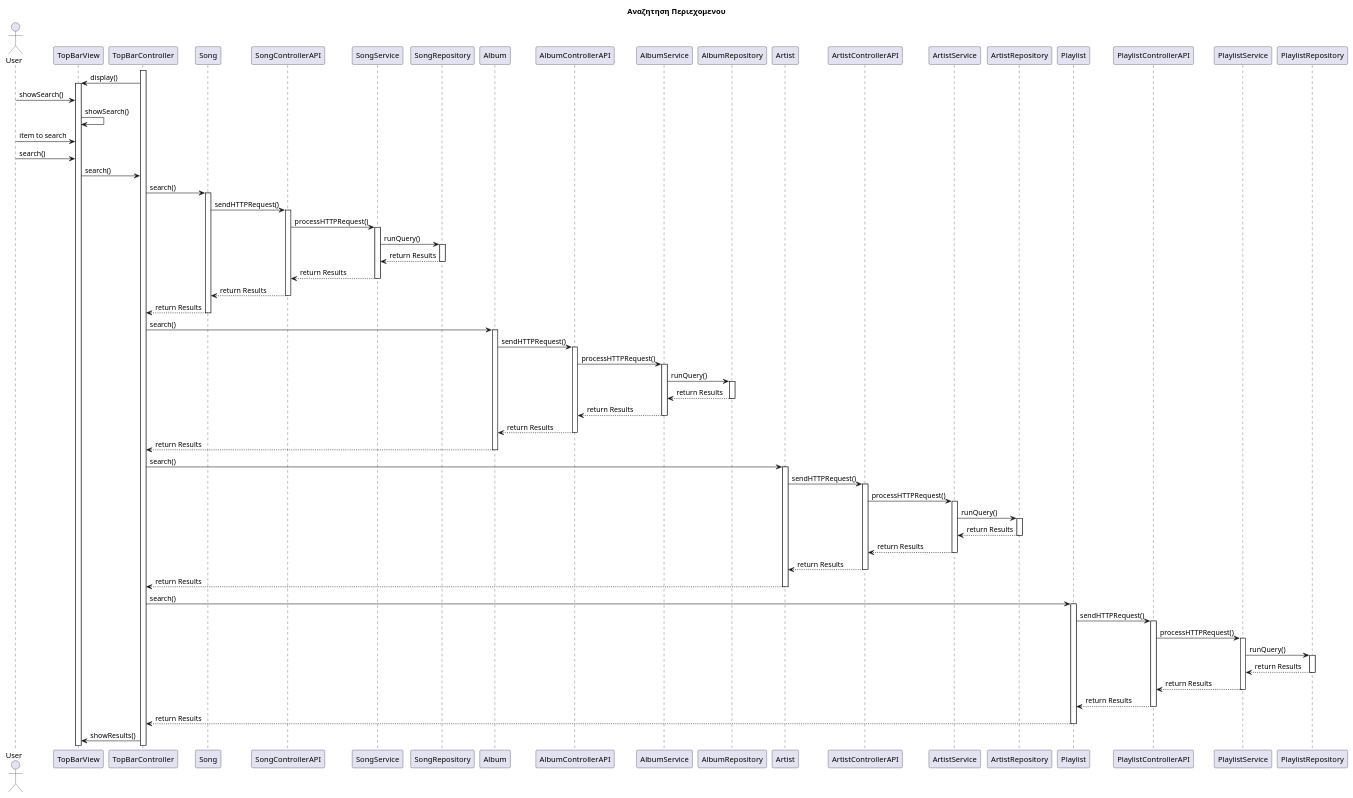
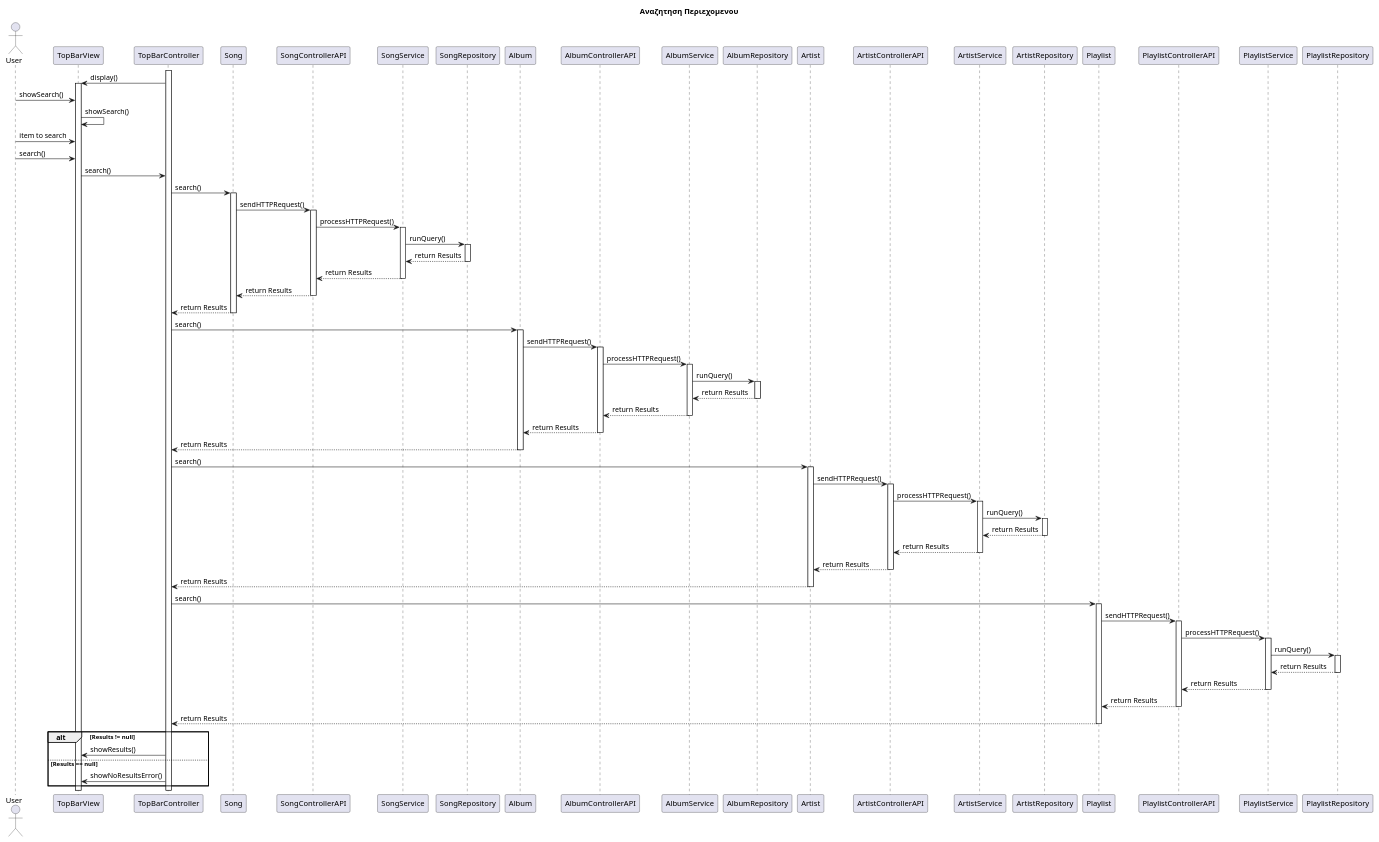
The diagram in Paradoteo_2/SequenceDiagram5.puml (RubenKingCP/Tunix), drawn with PlantUML before and after one commit.

Commit message:
Finished Sequence Diagram for use case Αναζήτηση Περιεχομένου

```diff
--- a/Paradoteo_2/SequenceDiagram5.puml
+++ b/Paradoteo_2/SequenceDiagram5.puml
@@ -1,99 +1,102 @@
 @startuml name
 
 title Αναζητηση Περιεχομενου
 
 actor User
 participant TopBarView
 participant TopBarController
 participant Song
 participant SongControllerAPI
 participant SongService
 participant SongRepository
 participant Album
 participant AlbumControllerAPI
 participant AlbumService
 participant AlbumRepository
 participant Artist
 participant ArtistControllerAPI
 participant ArtistService
 participant ArtistRepository
 participant Playlist
 participant PlaylistControllerAPI
 participant PlaylistService
 participant PlaylistRepository
 
 activate TopBarController
 TopBarController -> TopBarView : display()
 activate TopBarView
 User -> TopBarView : showSearch()
 TopBarView -> TopBarView : showSearch()
 User -> TopBarView : item to search
 User -> TopBarView : search()
 TopBarView -> TopBarController : search()
 TopBarController -> Song : search()
 activate Song
 Song -> SongControllerAPI : sendHTTPRequest()
 activate SongControllerAPI
 SongControllerAPI -> SongService : processHTTPRequest()
 activate SongService
 SongService -> SongRepository : runQuery()
 activate SongRepository
 SongRepository --> SongService : return Results
 deactivate SongRepository
 SongService --> SongControllerAPI : return Results
 deactivate SongService
 SongControllerAPI --> Song : return Results
 deactivate SongControllerAPI
 Song --> TopBarController : return Results
 deactivate Song
 TopBarController -> Album : search()
 activate Album
 Album -> AlbumControllerAPI : sendHTTPRequest()
 activate AlbumControllerAPI
 AlbumControllerAPI -> AlbumService : processHTTPRequest()
 activate AlbumService
 AlbumService -> AlbumRepository : runQuery()
 activate AlbumRepository
 AlbumRepository --> AlbumService : return Results
 deactivate AlbumRepository
 AlbumService --> AlbumControllerAPI : return Results
 deactivate AlbumService
 AlbumControllerAPI --> Album : return Results
 deactivate AlbumControllerAPI
 Album --> TopBarController : return Results
 deactivate Album
 TopBarController -> Artist : search()
 activate Artist
 Artist -> ArtistControllerAPI : sendHTTPRequest()
 activate ArtistControllerAPI
 ArtistControllerAPI -> ArtistService : processHTTPRequest()
 activate ArtistService
 ArtistService -> ArtistRepository : runQuery()
 activate ArtistRepository
 ArtistRepository --> ArtistService : return Results
 deactivate ArtistRepository
 ArtistService --> ArtistControllerAPI : return Results
 deactivate ArtistService
 ArtistControllerAPI --> Artist : return Results
 deactivate ArtistControllerAPI
 Artist --> TopBarController : return Results
 deactivate Artist
 TopBarController -> Playlist : search()
 activate Playlist
 Playlist -> PlaylistControllerAPI : sendHTTPRequest()
 activate PlaylistControllerAPI
 PlaylistControllerAPI -> PlaylistService : processHTTPRequest()
 activate PlaylistService
 PlaylistService -> PlaylistRepository : runQuery()
 activate PlaylistRepository
 PlaylistRepository --> PlaylistService : return Results
 deactivate PlaylistRepository
 PlaylistService --> PlaylistControllerAPI : return Results
 deactivate PlaylistService
 PlaylistControllerAPI --> Playlist : return Results
 deactivate PlaylistControllerAPI
 Playlist --> TopBarController : return Results
 deactivate Playlist
-TopBarController -> TopBarView : showResults()
-
+alt Results != null
+    TopBarController -> TopBarView : showResults()
+else Results == null
+    TopBarController -> TopBarView : showNoResultsError()
+end
 @enduml
```
